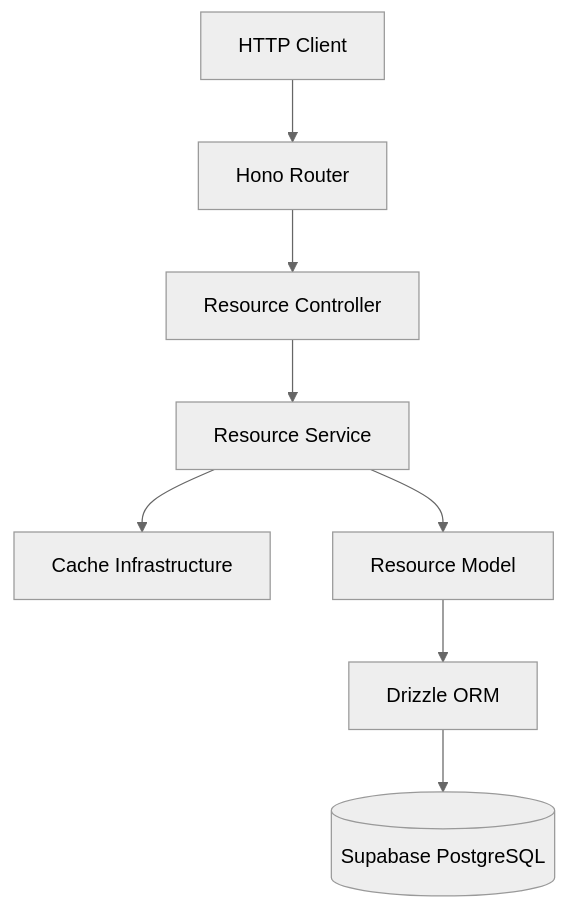
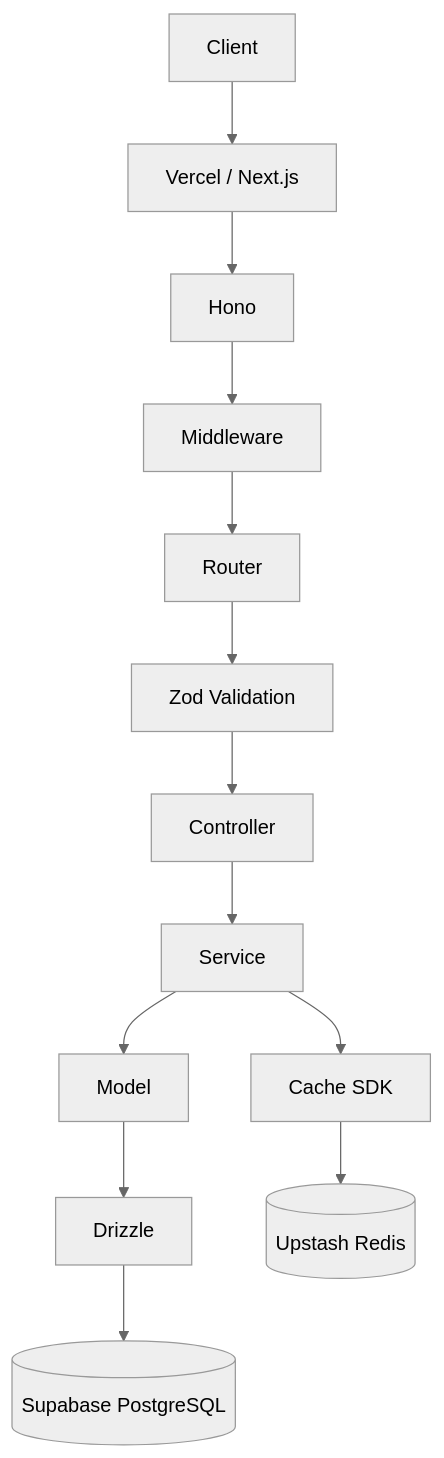
The first of 3 diagrams in docs/implementation-roadmap.md (shashankmishrra/scalable-hono-vercel-api), drawn with Mermaid (neutral theme) before and after one commit. The commit also changed other lines of this file, not shown here.

First line of the commit message:
📝 docs(roadmap): align implementation plan with architecture v2

````diff
--- a/docs/implementation-roadmap.md
+++ b/docs/implementation-roadmap.md
@@ -240,10 +252,15 @@
-``` mermaid
+```mermaid
 flowchart TD
-    Client[HTTP Client] --> Hono[Hono Router]
-    Hono --> Controller[Resource Controller]
-    Controller --> Service[Resource Service]
-    Service --> Cache[Cache Infrastructure]
-    Service --> Model[Resource Model]
-    Model --> Drizzle[Drizzle ORM]
+    Client[Client] --> Vercel[Vercel / Next.js]
+    Vercel --> Hono[Hono]
+    Hono --> Middleware[Middleware]
+    Middleware --> Router[Router]
+    Router --> Validation[Zod Validation]
+    Validation --> Controller[Controller]
+    Controller --> Service[Service]
+    Service --> Model[Model]
+    Model --> Drizzle[Drizzle]
     Drizzle --> DB[(Supabase PostgreSQL)]
+    Service --> Cache[Cache SDK]
+    Cache --> Redis[(Upstash Redis)]
 ```
````
